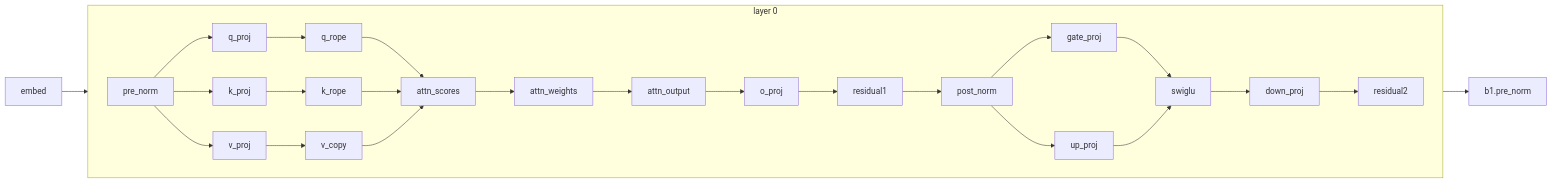
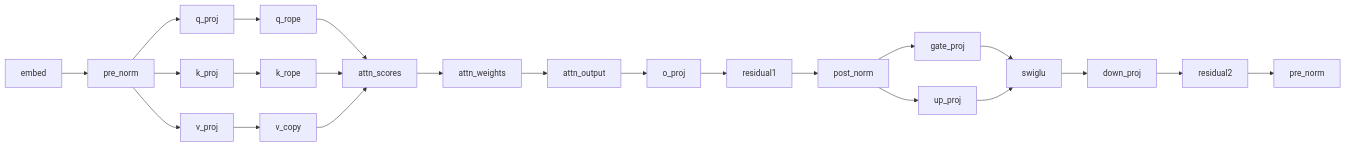
The second of 2 diagrams in docs/graph/model.md (v3c70r/muyo-llm), drawn with Mermaid before and after one commit. The commit also changed other lines of this file and 10 other files, not shown here.

First line of the commit message:
Use Muyo's ToDot/ToMermaid for the graph diagrams

````diff
--- a/docs/graph/model.md
+++ b/docs/graph/model.md
@@ -76,48 +78,45 @@
 ```mermaid
 flowchart LR
-  subgraph layer0["layer 0"]
-    direction LR
-    b0_pre_norm["pre_norm"]
-    b0_q_proj["q_proj"]
-    b0_k_proj["k_proj"]
-    b0_v_proj["v_proj"]
-    b0_q_rope["q_rope"]
-    b0_k_rope["k_rope"]
-    b0_v_copy["v_copy"]
-    b0_attn_scores["attn_scores"]
-    b0_attn_weights["attn_weights"]
-    b0_attn_output["attn_output"]
-    b0_o_proj["o_proj"]
-    b0_residual1["residual1"]
-    b0_post_norm["post_norm"]
-    b0_gate_proj["gate_proj"]
-    b0_up_proj["up_proj"]
-    b0_swiglu["swiglu"]
-    b0_down_proj["down_proj"]
-    b0_residual2["residual2"]
-  end
-  b1_pre_norm["b1.pre_norm"]
-  embed["embed"]
-  b0_pre_norm --> b0_q_proj
-  b0_pre_norm --> b0_k_proj
-  b0_pre_norm --> b0_v_proj
-  b0_q_proj --> b0_q_rope
-  b0_k_proj --> b0_k_rope
-  b0_v_proj --> b0_v_copy
-  b0_q_rope --> b0_attn_scores
-  b0_k_rope --> b0_attn_scores
-  b0_v_copy --> b0_attn_scores
-  b0_attn_scores --> b0_attn_weights
-  b0_attn_weights --> b0_attn_output
-  b0_attn_output --> b0_o_proj
-  b0_o_proj --> b0_residual1
-  b0_residual1 --> b0_post_norm
-  b0_post_norm --> b0_gate_proj
-  b0_post_norm --> b0_up_proj
-  b0_gate_proj --> b0_swiglu
-  b0_up_proj --> b0_swiglu
-  b0_swiglu --> b0_down_proj
-  b0_down_proj --> b0_residual2
-  b0_residual2 --> b1_pre_norm
-  embed --> b0_pre_norm
+  s0["pre_norm"]
+  s1["q_proj"]
+  s2["k_proj"]
+  s3["v_proj"]
+  s4["q_rope"]
+  s5["k_rope"]
+  s6["v_copy"]
+  s7["attn_scores"]
+  s8["attn_weights"]
+  s9["attn_output"]
+  s10["o_proj"]
+  s11["residual1"]
+  s12["post_norm"]
+  s13["gate_proj"]
+  s14["up_proj"]
+  s15["swiglu"]
+  s16["down_proj"]
+  s17["residual2"]
+  s18["pre_norm"]
+  s19["embed"]
+  s0 --> s1
+  s0 --> s2
+  s0 --> s3
+  s1 --> s4
+  s2 --> s5
+  s3 --> s6
+  s4 --> s7
+  s5 --> s7
+  s6 --> s7
+  s7 --> s8
+  s8 --> s9
+  s9 --> s10
+  s10 --> s11
+  s11 --> s12
+  s12 --> s13
+  s12 --> s14
+  s13 --> s15
+  s14 --> s15
+  s15 --> s16
+  s16 --> s17
+  s17 --> s18
+  s19 --> s0
 ```
````
